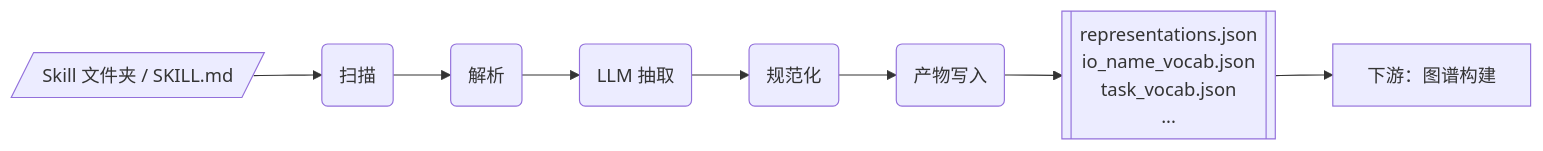
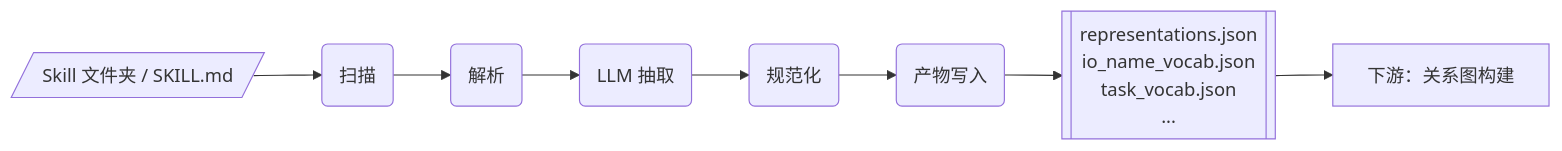
The second of 12 diagrams in 设计说明书.md (xiao-yu-lin/SkillMash), drawn with Mermaid before and after one commit. The commit also changed other lines of this file, not shown here.

````diff
--- a/设计说明书.md
+++ b/设计说明书.md
@@ -139,10 +139,10 @@
 ```mermaid
 flowchart LR
   Root[/"Skill 文件夹 / SKILL.md"/] --> Scan("扫描")
   Scan --> Parse("解析")
   Parse --> Extract("LLM 抽取")
   Extract --> Normalize("规范化")
   Normalize --> Write("产物写入")
   Write --> Repr[["representations.json\nio_name_vocab.json\ntask_vocab.json\n..."]]
-  Repr --> Downstream["下游：图谱构建"]
+  Repr --> Downstream["下游：关系图构建"]
 ```
````
